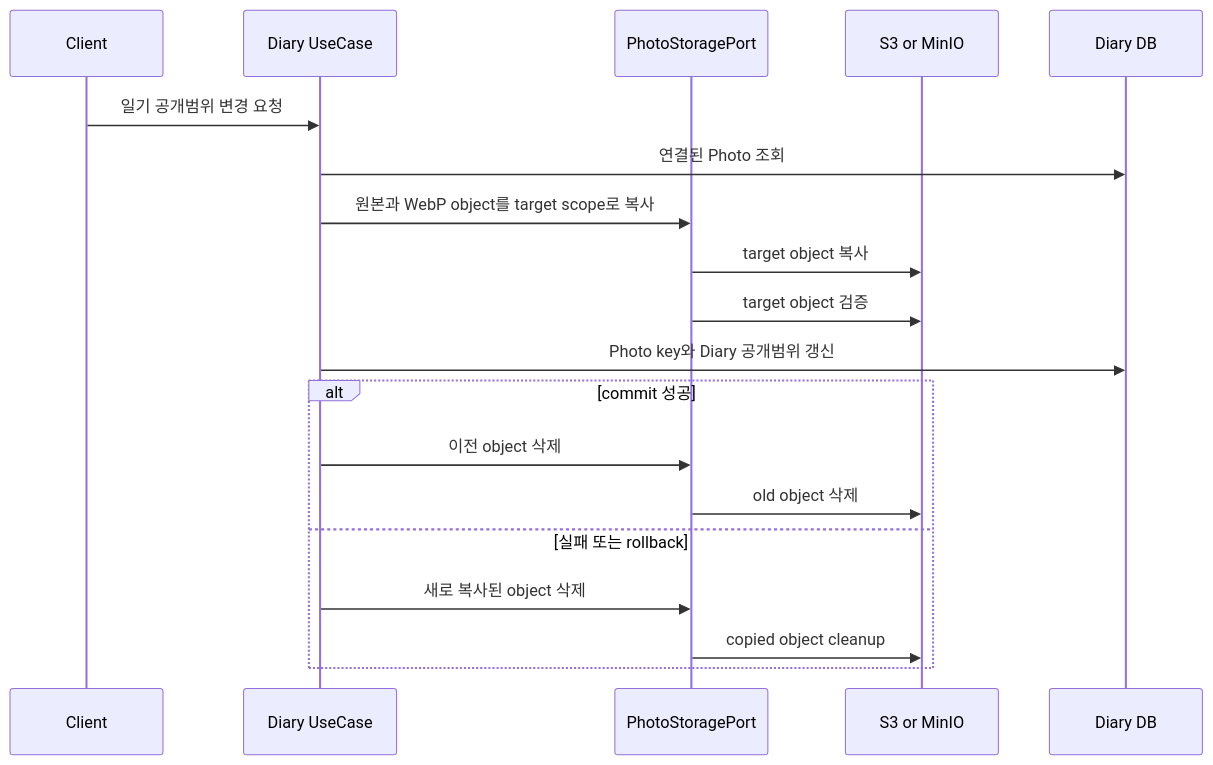
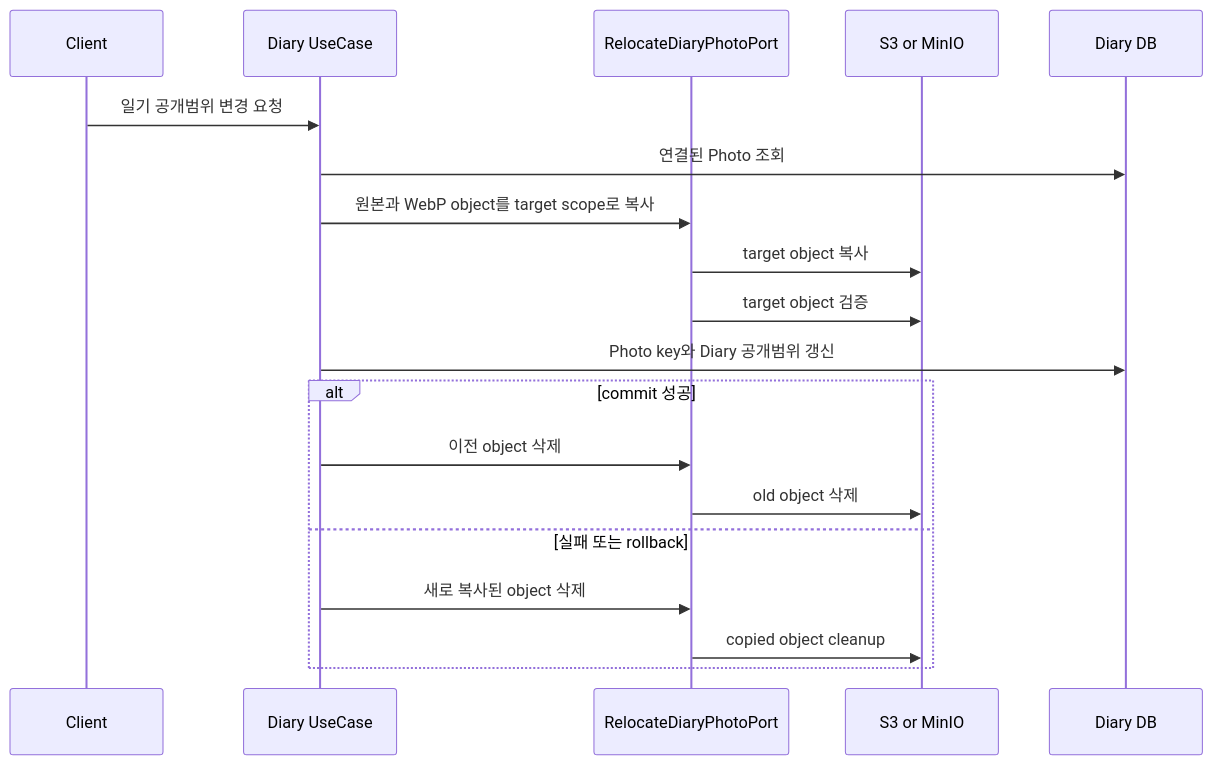
The third of 4 diagrams in docs/runbooks/diary-image-storage-runbook.md (MyPicDay/piku-back), drawn with Mermaid before and after one commit. The commit also changed other lines of this file and 83 other files, not shown here.

````diff
--- a/docs/runbooks/diary-image-storage-runbook.md
+++ b/docs/runbooks/diary-image-storage-runbook.md
@@ -93,22 +112,22 @@
 ```mermaid
 sequenceDiagram
     participant Client as Client
     participant Diary as Diary UseCase
-    participant PhotoStorage as PhotoStoragePort
+    participant PhotoStorage as RelocateDiaryPhotoPort
     participant Storage as S3 or MinIO
     participant DB as Diary DB
 
     Client->>Diary: 일기 공개범위 변경 요청
     Diary->>DB: 연결된 Photo 조회
     Diary->>PhotoStorage: 원본과 WebP object를 target scope로 복사
     PhotoStorage->>Storage: target object 복사
     PhotoStorage->>Storage: target object 검증
     Diary->>DB: Photo key와 Diary 공개범위 갱신
     alt commit 성공
         Diary->>PhotoStorage: 이전 object 삭제
         PhotoStorage->>Storage: old object 삭제
     else 실패 또는 rollback
         Diary->>PhotoStorage: 새로 복사된 object 삭제
         PhotoStorage->>Storage: copied object cleanup
     end
 ```
````
